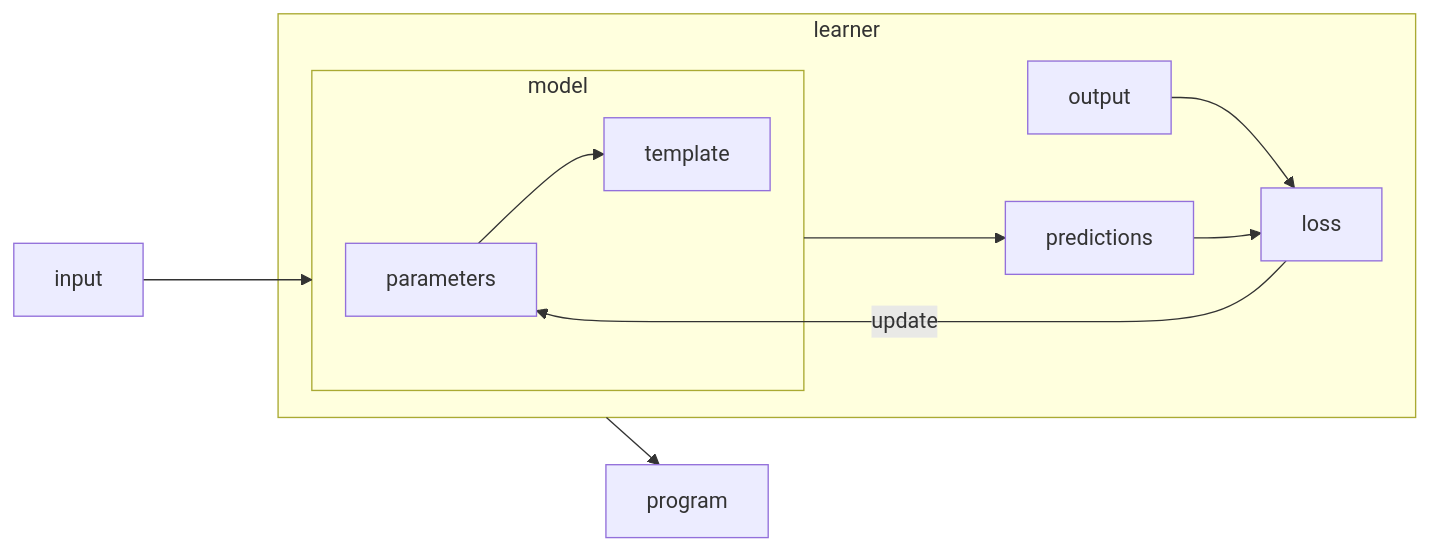
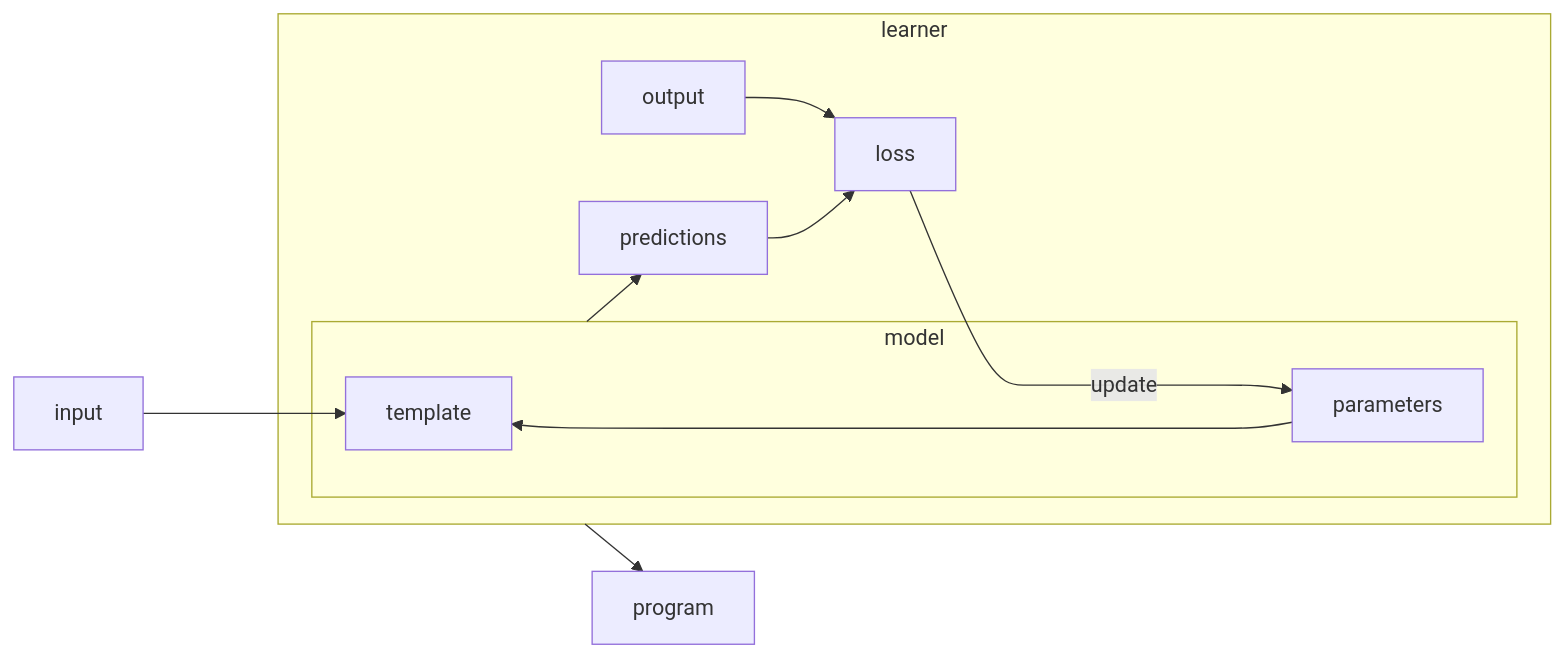
The third of 3 diagrams in _posts/2023-08-16-rivoluzione.md (nicoladerric/nicoladerric.github.io), drawn with Mermaid before and after one commit.

````diff
--- a/_posts/2023-08-16-rivoluzione.md
+++ b/_posts/2023-08-16-rivoluzione.md
@@ -53,14 +53,14 @@
 ```mermaid
 flowchart LR;
-    input ---> model;
+    input ---> template;
     subgraph learner
         subgraph model
         parameters --> template;
         end
     output --> loss;
     model --> predictions;
     predictions --> loss;
     loss -----> |update|parameters;
     end
     learner --> program
 ```
````
